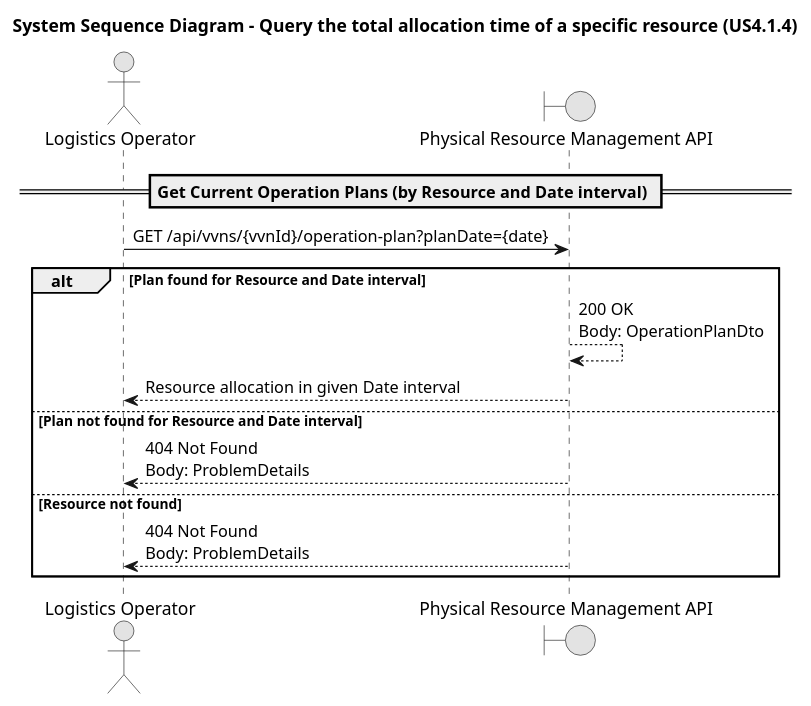
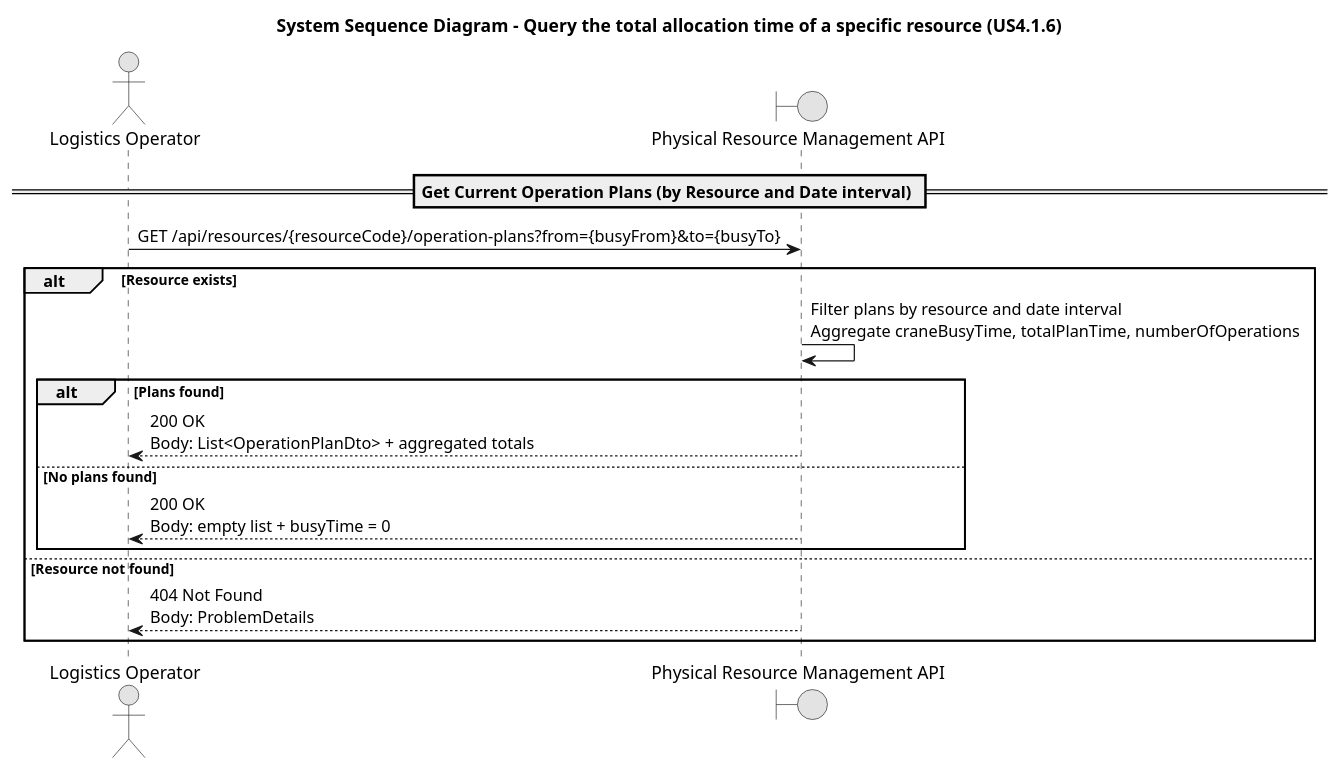
One commit to SAEmanuel/Sustainable_Port_Logistics_ISEP changed the diagram in docs/planning/Sprint3/Back-end-Module(s)/us.4.1.6-Alexandre/01.requirements-engineering/puml/us4.1.6-sequence-diagram.puml. Above: the diagram before and after it, drawn with PlantUML. The commit also changed 19 other files, not shown here.

```diff
--- a/docs/planning/Sprint3/Back-end-Module(s)/us.4.1.6-Alexandre/01.requirements-engineering/puml/us4.1.6-sequence-diagram.puml
+++ b/docs/planning/Sprint3/Back-end-Module(s)/us.4.1.6-Alexandre/01.requirements-engineering/puml/us4.1.6-sequence-diagram.puml
@@ -1,20 +1,22 @@
 @startuml
 skinparam monochrome true
 skinparam shadowing false
-title System Sequence Diagram – Query the total allocation time of a specific resource (US4.1.4)
+title System Sequence Diagram – Query the total allocation time of a specific resource (US4.1.6)
 
 actor "Logistics Operator" as Operator
 boundary "Physical Resource Management API" as System
 
 == Get Current Operation Plans (by Resource and Date interval) ==
-Operator -> System : GET /api/vvns/{vvnId}/operation-plan?planDate={date}
-alt Plan found for Resource and Date interval
-  System --> System : 200 OK\nBody: OperationPlanDto
-  System --> Operator: Resource allocation in given Date interval
-else Plan not found for Resource and Date interval
-  System --> Operator : 404 Not Found\nBody: ProblemDetails
+Operator -> System : GET /api/resources/{resourceCode}/operation-plans?from={busyFrom}&to={busyTo}
+alt Resource exists
+  System -> System : Filter plans by resource and date interval\nAggregate craneBusyTime, totalPlanTime, numberOfOperations
+  alt Plans found
+    System --> Operator : 200 OK\nBody: List<OperationPlanDto> + aggregated totals
+  else No plans found
+    System --> Operator : 200 OK\nBody: empty list + busyTime = 0
+  end
 else Resource not found
   System --> Operator : 404 Not Found\nBody: ProblemDetails
 end
 
 @enduml
```
